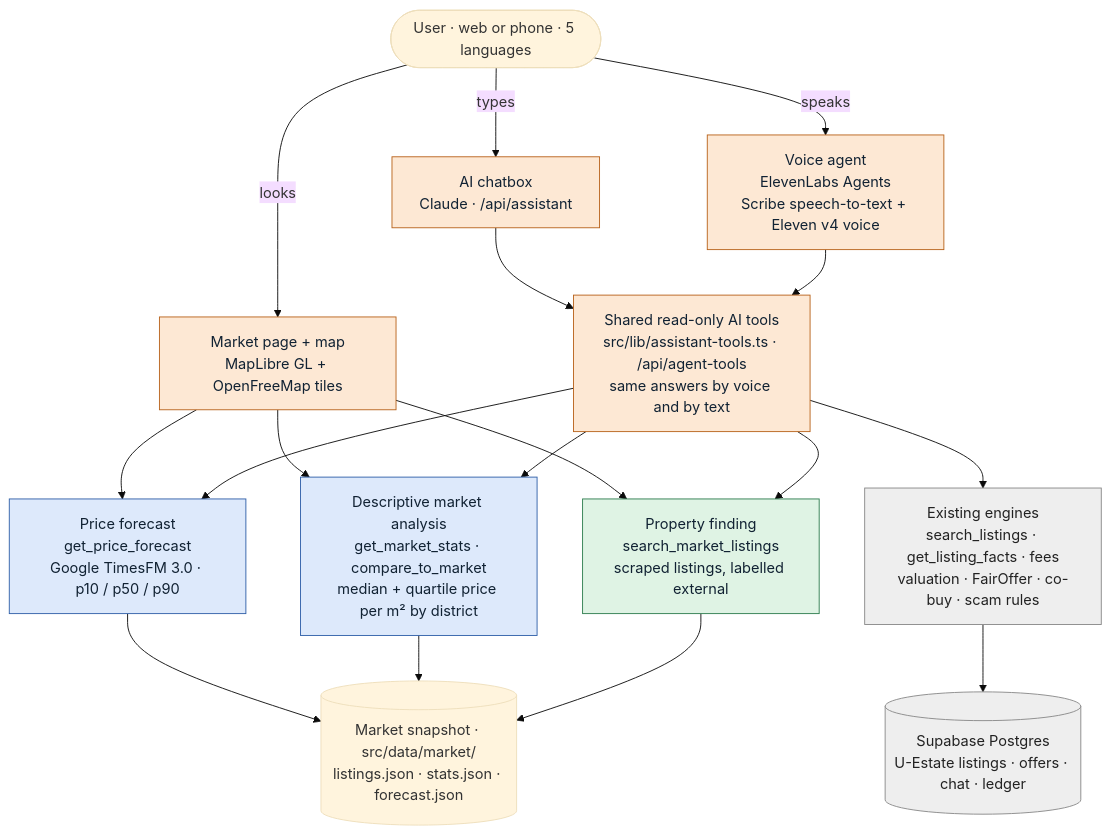
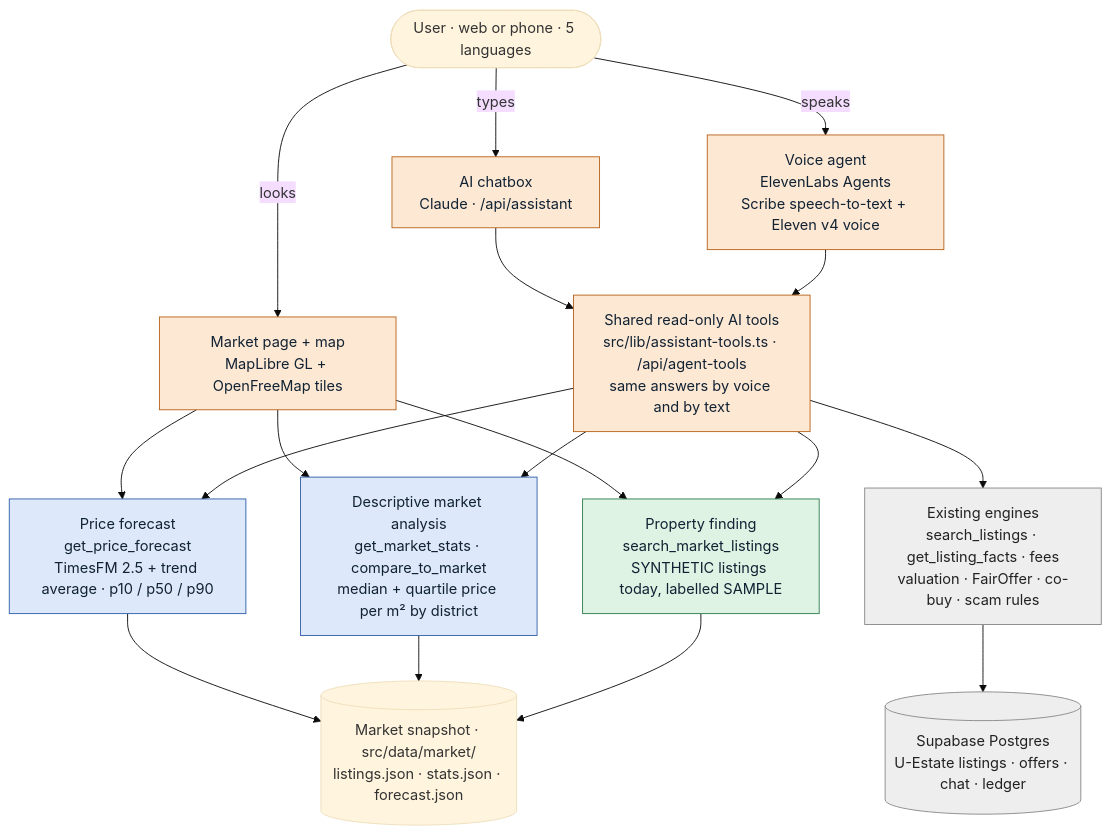
The first of 2 diagrams in docs/TECH_STACK.md (kyawswarheinm/u-estate-by-duwun), drawn with Mermaid (base theme) before and after one commit. The commit also changed other lines of this file and 13 other files, not shown here.

````diff
--- a/docs/TECH_STACK.md
+++ b/docs/TECH_STACK.md
@@ -17,36 +17,36 @@
 ```mermaid
 flowchart TB
   U(["User · web or phone · 5 languages"])
 
   U -->|speaks| VA["Voice agent<br/>ElevenLabs Agents<br/>Scribe speech-to-text + Eleven v4 voice"]
   U -->|types| CB["AI chatbox<br/>Claude · /api/assistant"]
   U -->|looks| MAP["Market page + map<br/>MapLibre GL + OpenFreeMap tiles"]
 
   VA --> TL
   CB --> TL
   TL["Shared read-only AI tools<br/>src/lib/assistant-tools.ts · /api/agent-tools<br/>same answers by voice and by text"]
 
-  TL --> FIND["Property finding<br/>search_market_listings<br/>scraped listings, labelled external"]
+  TL --> FIND["Property finding<br/>search_market_listings<br/>SYNTHETIC listings today, labelled SAMPLE"]
   TL --> MA["Descriptive market analysis<br/>get_market_stats · compare_to_market<br/>median + quartile price per m² by district"]
-  TL --> FC["Price forecast<br/>get_price_forecast<br/>Google TimesFM 3.0 · p10 / p50 / p90"]
+  TL --> FC["Price forecast<br/>get_price_forecast<br/>TimesFM 2.5 + trend average · p10 / p50 / p90"]
   TL --> CORE["Existing engines<br/>search_listings · get_listing_facts · fees<br/>valuation · FairOffer · co-buy · scam rules"]
   MAP --> FIND
   MAP --> MA
   MAP --> FC
 
   FIND --> SNAP
   MA --> SNAP
   FC --> SNAP
   CORE --> DB
   SNAP[("Market snapshot · src/data/market/<br/>listings.json · stats.json · forecast.json")]
   DB[("Supabase Postgres<br/>U-Estate listings · offers · chat · ledger")]
 
   classDef p1 fill:#dff3e4,stroke:#2e7d4f,color:#123
   classDef p2 fill:#dde9fb,stroke:#2f5fa8,color:#123
   classDef p3 fill:#fde8d4,stroke:#b8621b,color:#123
   classDef old fill:#eeeeee,stroke:#888,color:#222
   class FIND p1
   class MA,FC p2
   class VA,CB,MAP,TL p3
   class CORE,DB old
 ```
````
